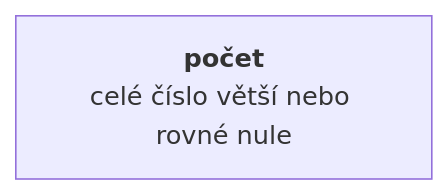
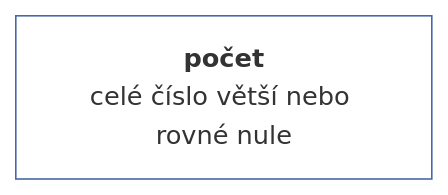
Before and after one commit to muzikp/retusa: the second of 23 diagrams in docs/cs-CZ/vector.md, drawn with Mermaid. The commit also changed other lines of this file and 17 other files, not shown here.

````diff
--- a/docs/cs-CZ/vector.md
+++ b/docs/cs-CZ/vector.md
@@ -64,4 +67,7 @@
 ```mermaid
 graph TD
-A[<b>počet<br></b>celé číslo větší nebo rovné nule]
+count[<b>počet<br></b>celé číslo větší nebo rovné nule]
+style count fill:#FFFFFF;
+style count stroke:#4967A4;
+
 ```
````
